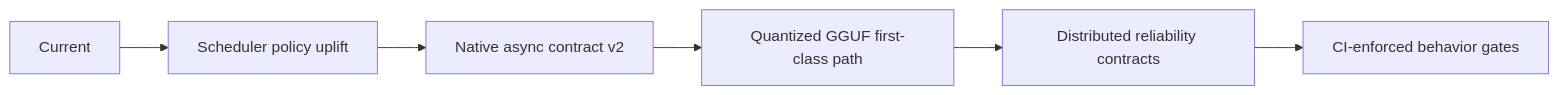
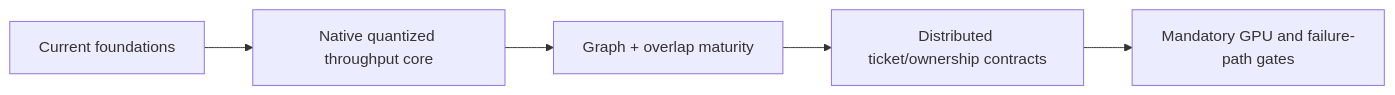
One commit to vjsingh1984/inferflux changed the diagram in docs/design/NATIVE_CUDA_SGLANG_INSPIRED_EXECUTION_PLAN.md. Above: the diagram before and after it, drawn with Mermaid. The commit also changed other lines of this file and 11 other files, not shown here.

````diff
--- a/docs/design/NATIVE_CUDA_SGLANG_INSPIRED_EXECUTION_PLAN.md
+++ b/docs/design/NATIVE_CUDA_SGLANG_INSPIRED_EXECUTION_PLAN.md
@@ -16,8 +11,7 @@
 ```mermaid
 flowchart LR
-  A[Current] --> B[Scheduler policy uplift]
-  B --> C[Native async contract v2]
-  C --> D[Quantized GGUF first-class path]
-  D --> E[Distributed reliability contracts]
-  E --> F[CI-enforced behavior gates]
+  A[Current foundations] --> B[Native quantized throughput core]
+  B --> C[Graph + overlap maturity]
+  C --> D[Distributed ticket/ownership contracts]
+  D --> E[Mandatory GPU and failure-path gates]
 ```
````
